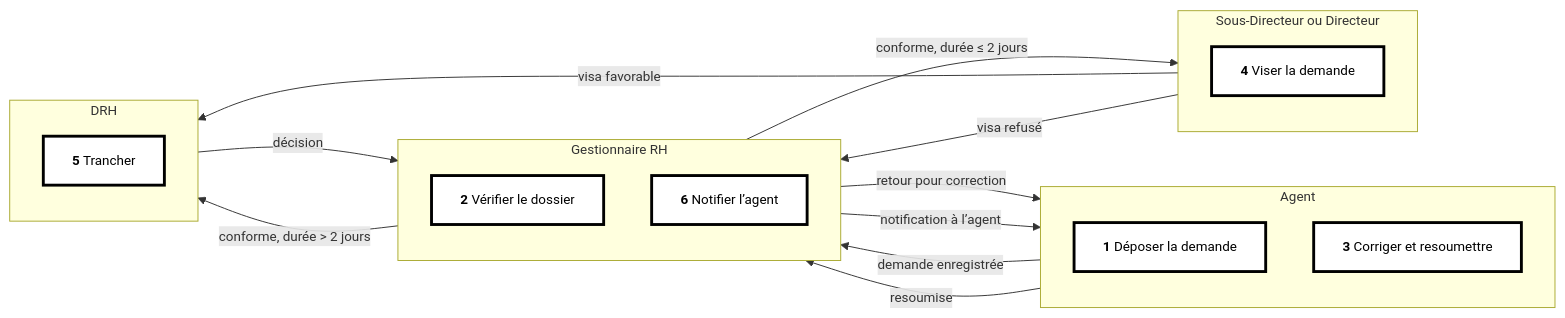
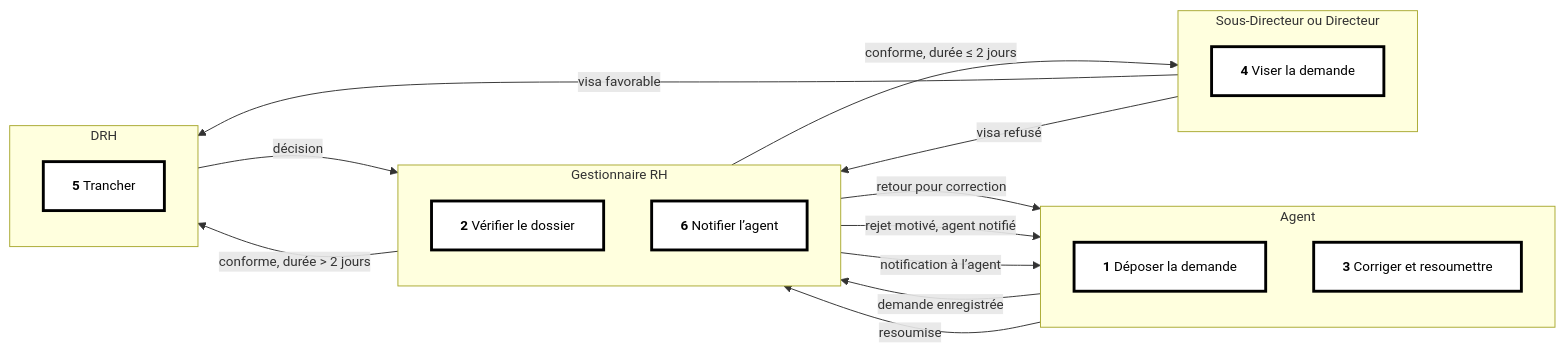
Before and after one commit to MOMOBHY/APPLARAVEL: the eighth of 10 diagrams in docs/MERISE.md, drawn with Mermaid. The commit also changed other lines of this file and 11 other files, not shown here.

````diff
--- a/docs/MERISE.md
+++ b/docs/MERISE.md
@@ -337,33 +335,34 @@
 ```mermaid
 %%{init: {'flowchart': {'htmlLabels': true, 'curve': 'basis'}, 'themeVariables': {'fontSize': '14px'}}}%%
 flowchart LR
   classDef op fill:#ffffff,stroke:#000000,stroke-width:3px,color:#000000
   classDef ko fill:#ffffff,stroke:#000000,stroke-width:2px,stroke-dasharray:2 3,color:#000000
   subgraph L1["Agent"]
     direction TB
     a1["<b>1</b> Déposer la demande"]:::op
     a2["<b>3</b> Corriger et resoumettre"]:::op
   end
   subgraph L2["Gestionnaire RH"]
     direction TB
     r1["<b>2</b> Vérifier le dossier"]:::op
     r6["<b>6</b> Notifier l’agent"]:::op
   end
   subgraph L3["Sous-Directeur ou Directeur"]
     direction TB
     v1["<b>4</b> Viser la demande"]:::op
   end
   subgraph L4["DRH"]
     direction TB
     d1["<b>5</b> Trancher"]:::op
   end
   a1 -->|"demande enregistrée"| r1
   r1 -->|"retour pour correction"| a2
   a2 -->|"resoumise"| r1
+  r1 -->|"rejet motivé, agent notifié"| a1
   r1 -->|"conforme, durée ≤ 2 jours"| v1
   r1 -->|"conforme, durée &gt; 2 jours"| d1
   v1 -->|"visa favorable"| d1
   v1 -->|"visa refusé"| r6
   d1 -->|"décision"| r6
   r6 -->|"notification à l’agent"| a1
 ```
````
